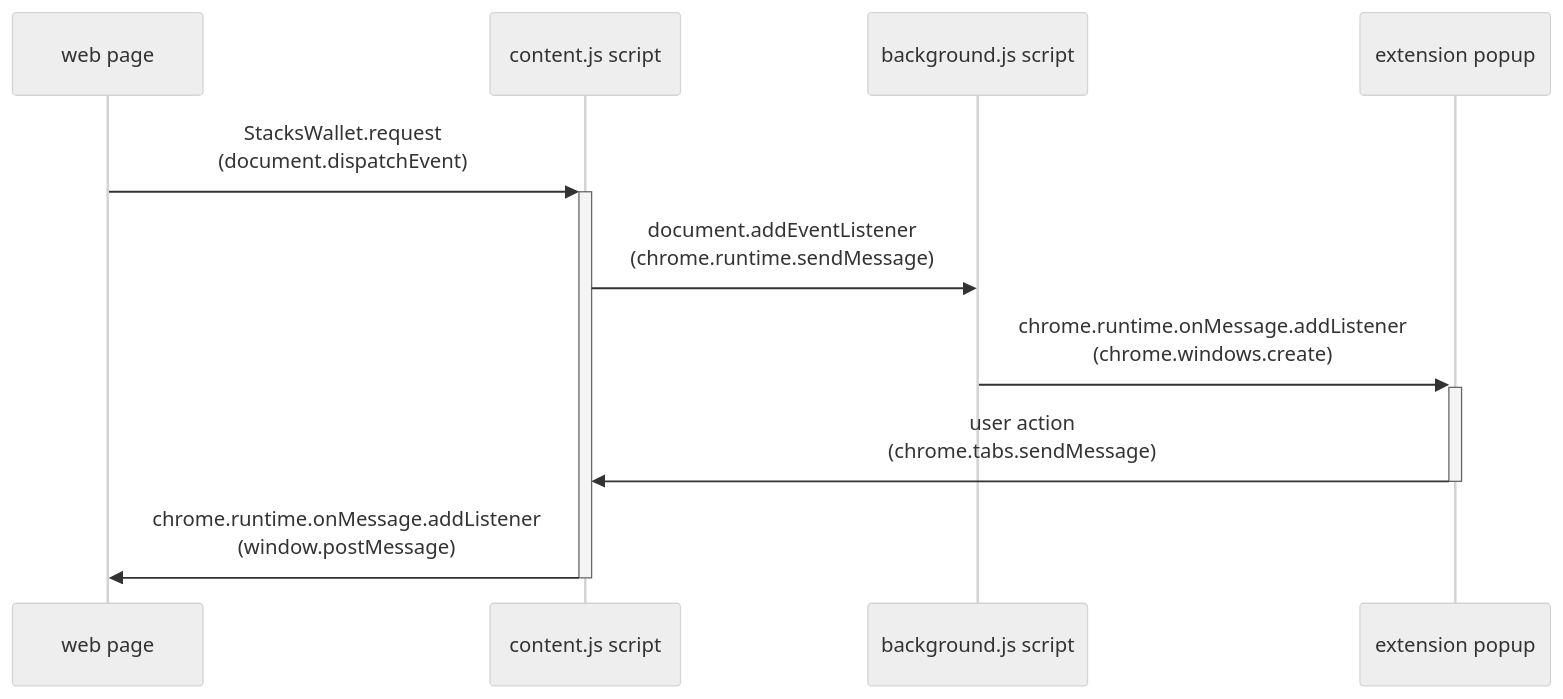
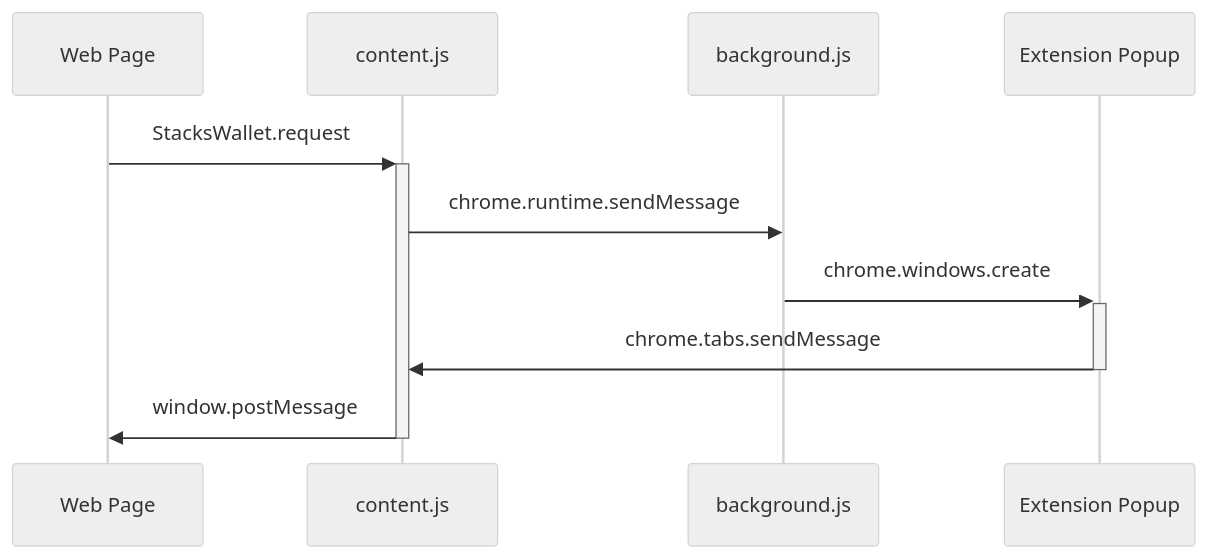
The diagram in README.md (akawolfcito/stack-sats), drawn with Mermaid (neutral theme) before and after one commit. The commit also changed other lines of this file, not shown here.

````diff
--- a/README.md
+++ b/README.md
@@ -25,12 +93,12 @@
 ```mermaid
 sequenceDiagram
-  participant w as web page
-  participant c as content.js script
-  participant b as background.js script
-  participant p as extension popup
-  w->>+c: StacksWallet.request<br/>(document.dispatchEvent)
-  c->>b: document.addEventListener<br/>(chrome.runtime.sendMessage)
-  b->>+p: chrome.runtime.onMessage.addListener<br/>(chrome.windows.create)
-  p->>-c: user action<br/>(chrome.tabs.sendMessage)
-  c->>-w: chrome.runtime.onMessage.addListener<br/>(window.postMessage)
+  participant w as Web Page
+  participant c as content.js
+  participant b as background.js
+  participant p as Extension Popup
+  w->>+c: StacksWallet.request
+  c->>b: chrome.runtime.sendMessage
+  b->>+p: chrome.windows.create
+  p->>-c: chrome.tabs.sendMessage
+  c->>-w: window.postMessage
 ```
````
